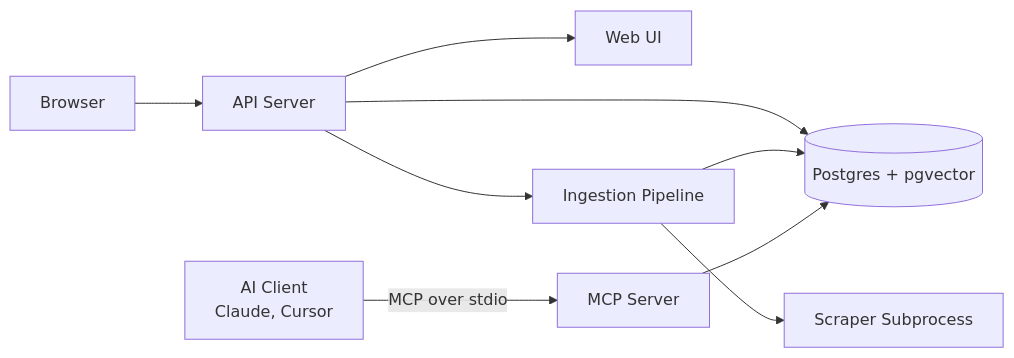
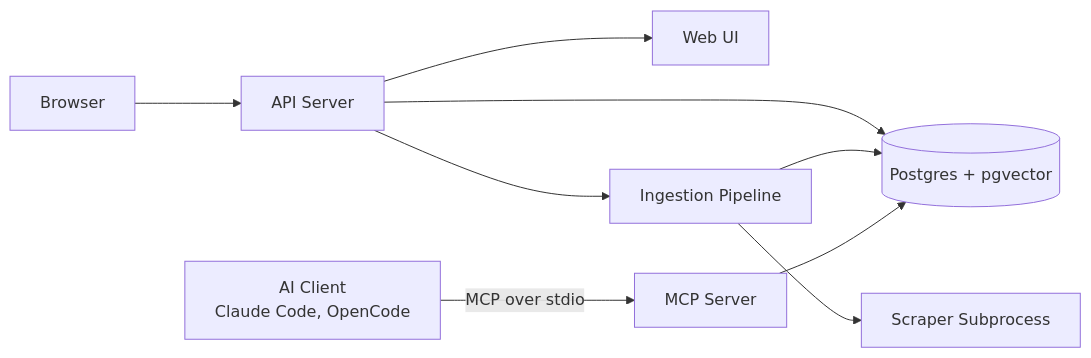
One commit to veer-mehta/docs-mcp changed the diagram in README.md. Above: the diagram before and after it, drawn with Mermaid.

````diff
--- a/README.md
+++ b/README.md
@@ -8,11 +8,11 @@
 ```mermaid
 flowchart LR
     A[Browser] --> B[API Server]
     B --> D[Web UI]
     B --> C[(Postgres + pgvector)]
     B --> G[Ingestion Pipeline]
     G --> H[Scraper Subprocess]
     G --> C
-    I[AI Client<br/>Claude, Cursor] -->|MCP over stdio| F[MCP Server]
+    I[AI Client<br/>Claude Code, OpenCode] -->|MCP over stdio| F[MCP Server]
     F --> C
 ```
````
